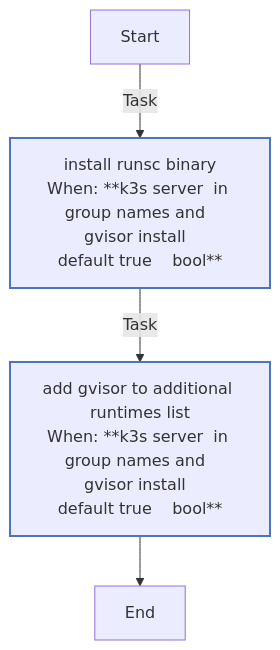
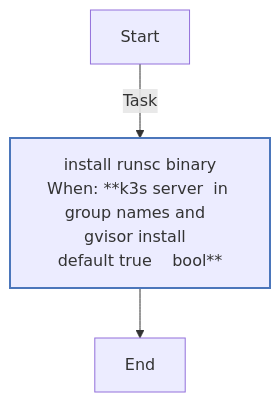
Before and after one commit to rou-cru/k3s-homelab: the first of 3 diagrams in roles/gvisor/README.md, drawn with Mermaid. The commit also changed other lines of this file and 23 other files, not shown here.

````diff
--- a/roles/gvisor/README.md
+++ b/roles/gvisor/README.md
@@ -78,16 +81,15 @@
 ```mermaid
 flowchart TD
 Start
 classDef block stroke:#3498db,stroke-width:2px;
 classDef task stroke:#4b76bb,stroke-width:2px;
 classDef includeTasks stroke:#16a085,stroke-width:2px;
 classDef importTasks stroke:#34495e,stroke-width:2px;
 classDef includeRole stroke:#2980b9,stroke-width:2px;
 classDef importRole stroke:#699ba7,stroke-width:2px;
 classDef includeVars stroke:#8e44ad,stroke-width:2px;
 classDef rescue stroke:#665352,stroke-width:2px;
 
   Start-->|Task| Install_runsc_binary0[install runsc binary<br>When: **k3s server  in group names and  gvisor install  <br>default true    bool**]:::task
-  Install_runsc_binary0-->|Task| Add_gVisor_to_additional_runtimes_list1[add gvisor to additional runtimes list<br>When: **k3s server  in group names and  gvisor install  <br>default true    bool**]:::task
-  Add_gVisor_to_additional_runtimes_list1-->End
+  Install_runsc_binary0-->End
 ```
````
